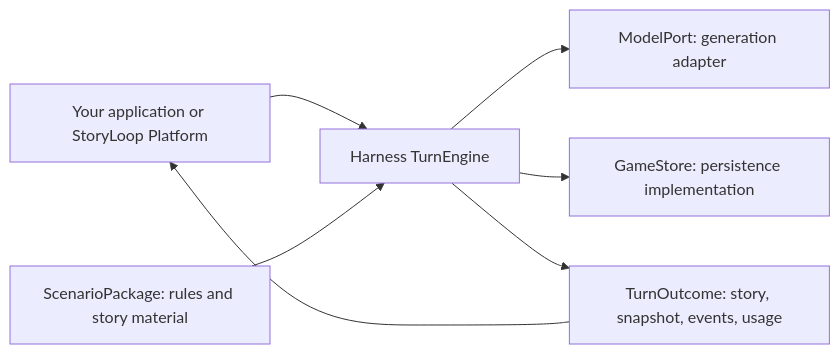
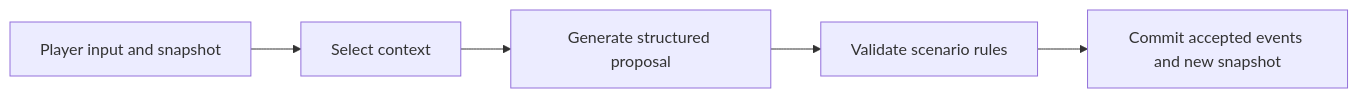
The first of 3 diagrams in README.en.md (storyloop0/storyloop-harness), drawn with Mermaid before and after one commit. The commit also changed other lines of this file and 1 other file, not shown here.

````diff
--- a/README.en.md
+++ b/README.en.md
@@ -15,9 +53,7 @@
 ```mermaid
 flowchart LR
-    App[Your application or StoryLoop Platform] --> Engine[Harness TurnEngine]
-    Package[ScenarioPackage: rules and story material] --> Engine
-    Engine --> Model[ModelPort: generation adapter]
-    Engine --> Store[GameStore: persistence implementation]
-    Engine --> Result[TurnOutcome: story, snapshot, events, usage]
-    Result --> App
+    Input[Player input and snapshot] --> Context[Select context]
+    Context --> Model[Generate structured proposal]
+    Model --> Rules[Validate scenario rules]
+    Rules --> Result[Commit accepted events and new snapshot]
 ```
````
